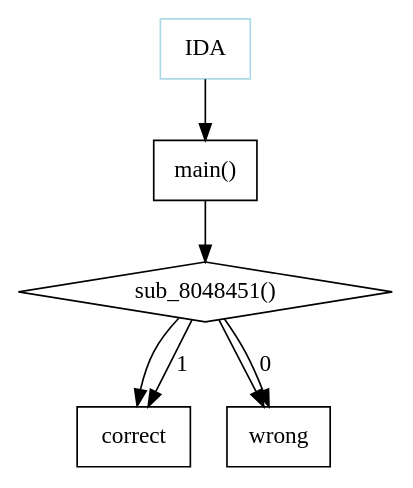
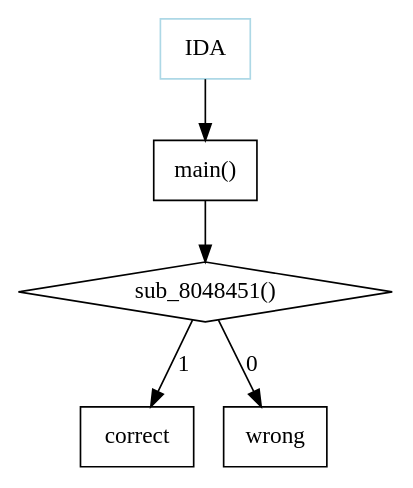
One commit to joizel/ctf_writeup changed the diagram in docs/reversing/[reversing] easy elf.rst. Above: the diagram before and after it, drawn with Graphviz. The commit also changed 1 other file, not shown here.

Commit message:
replace
replace

```diff
--- a/docs/reversing/[reversing] easy elf.rst
+++ b/docs/reversing/[reversing] easy elf.rst
@@ -8,14 +8,15 @@
 .. graphviz::
 
     digraph foo {
-        a -> b -> c -> d;
-        c -> e;
+        a -> b -> c;
+        c -> d [label="1",arrowhead="normal"];
+        c -> e [label="0",arrowhead="normal"];
         
         a [shape=box, color=lightblue, label="IDA"];
         b [shape=box, label="main()"];
         c [shape=diamond, label="sub_8048451()"];
         d [shape=box, label="correct"];
         e [shape=box, label="wrong"];
-        c->d [label="1",arrowhead="normal"];
-        c->e [label="0",arrowhead="normal"];
+        
+        
     }
```
